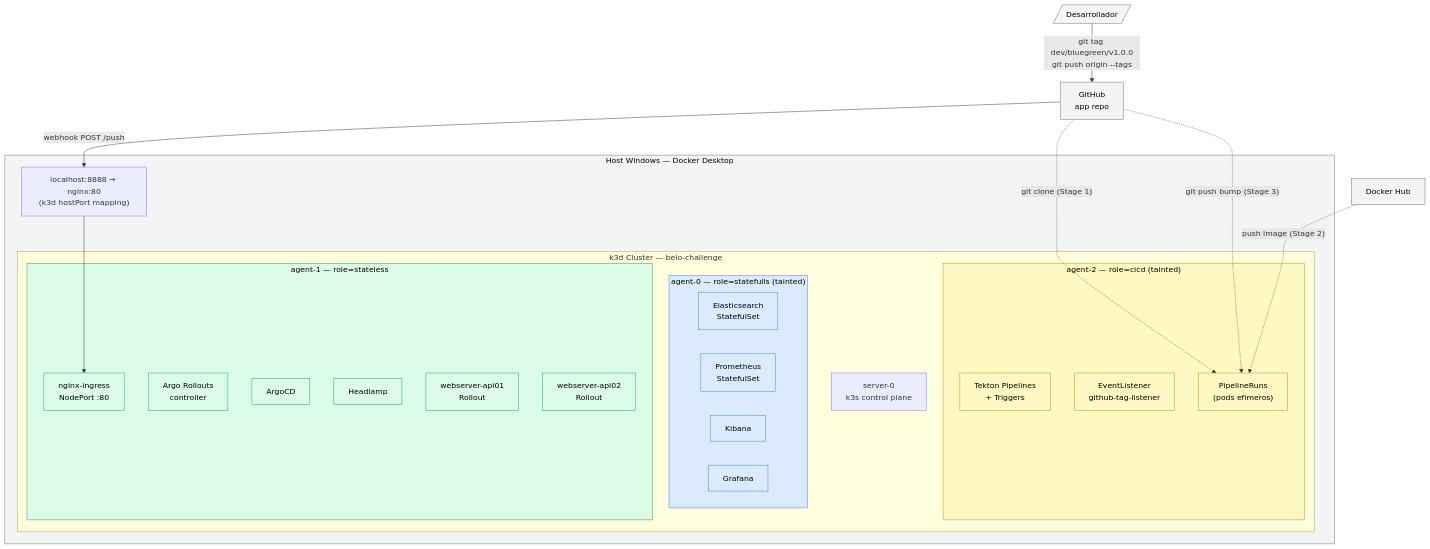
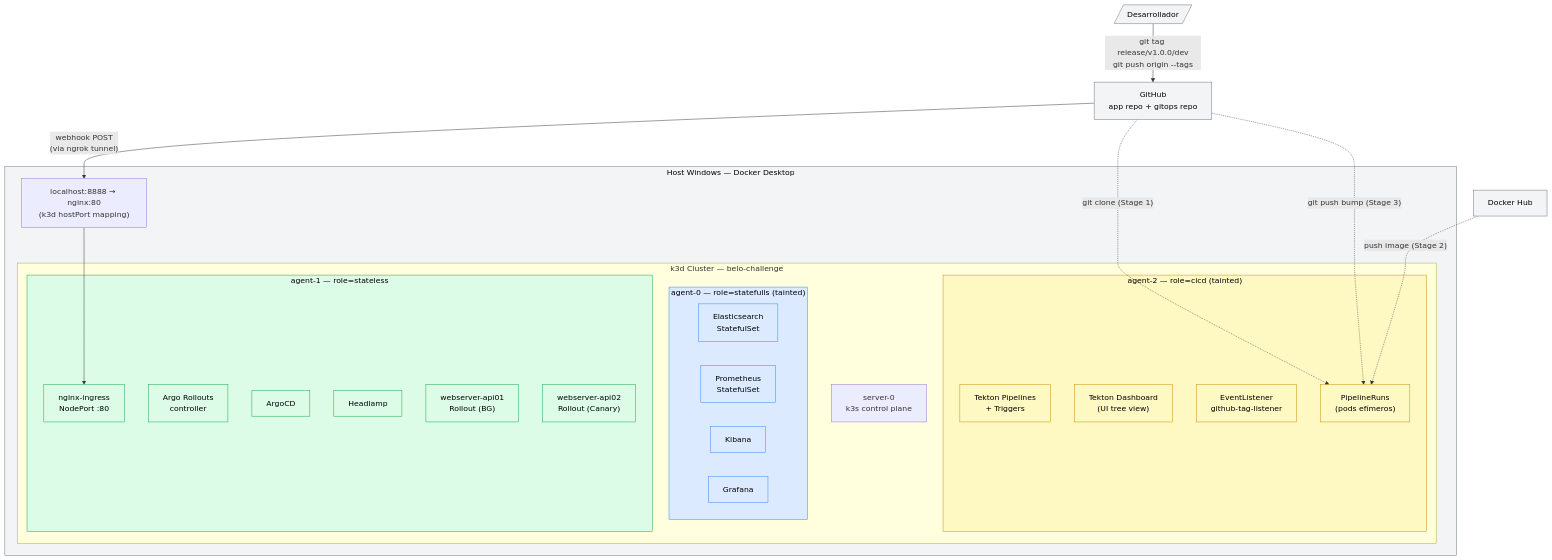
One commit to Valentino-33/belo-infrabase-k3d changed the first of 4 diagrams in docs/architecture.md. Above: the diagram before and after it, drawn with Mermaid. The commit also changed other lines of this file and 26 other files, not shown here.

````diff
--- a/docs/architecture.md
+++ b/docs/architecture.md
@@ -9,54 +9,55 @@
 ```mermaid
 flowchart TB
     Dev[/Desarrollador/]
-    GH[GitHub<br/>app repo]
+    GH[GitHub<br/>app repo + gitops repo]
     DH[Docker Hub]
 
-    Dev -->|"git tag dev/bluegreen/v1.0.0<br/>git push origin --tags"| GH
+    Dev -->|"git tag release/v1.0.0/dev<br/>git push origin --tags"| GH
 
     subgraph HOST["Host Windows — Docker Desktop"]
         PORT["localhost:8888 → nginx:80<br/>(k3d hostPort mapping)"]
 
         subgraph K3D["k3d Cluster — belo-challenge"]
             SRV["server-0<br/>k3s control plane"]
 
             subgraph AG0["agent-0 — role=statefulls (tainted)"]
                 ES["Elasticsearch<br/>StatefulSet"]
                 PR["Prometheus<br/>StatefulSet"]
                 KB["Kibana"]
                 GR["Grafana"]
             end
 
             subgraph AG1["agent-1 — role=stateless"]
                 NGX["nginx-ingress<br/>NodePort :80"]
                 AR["Argo Rollouts<br/>controller"]
                 AC["ArgoCD"]
                 HL["Headlamp"]
-                API01["webserver-api01<br/>Rollout"]
-                API02["webserver-api02<br/>Rollout"]
+                API01["webserver-api01<br/>Rollout (BG)"]
+                API02["webserver-api02<br/>Rollout (Canary)"]
             end
 
             subgraph AG2["agent-2 — role=cicd (tainted)"]
                 TK["Tekton Pipelines<br/>+ Triggers"]
+                TD["Tekton Dashboard<br/>(UI tree view)"]
                 EL["EventListener<br/>github-tag-listener"]
                 PR_RUNS["PipelineRuns<br/>(pods efímeros)"]
             end
         end
     end
 
     PORT --> NGX
-    GH -->|"webhook POST /push"| PORT
+    GH -->|"webhook POST<br/>(via ngrok tunnel)"| PORT
     GH -.->|"git clone (Stage 1)"| PR_RUNS
     DH -.->|"push image (Stage 2)"| PR_RUNS
     GH -.->|"git push bump (Stage 3)"| PR_RUNS
 
     classDef statefulls fill:#dbeafe,stroke:#3b82f6,color:#000
     classDef stateless fill:#dcfce7,stroke:#16a34a,color:#000
     classDef cicd fill:#fef9c3,stroke:#ca8a04,color:#000
     classDef external fill:#f3f4f6,stroke:#6b7280,color:#000
 
     class AG0,ES,PR,KB,GR statefulls
     class AG1,NGX,AR,AC,HL,API01,API02 stateless
-    class AG2,TK,EL,PR_RUNS cicd
+    class AG2,TK,TD,EL,PR_RUNS cicd
     class Dev,GH,DH,HOST external
 ```
````
